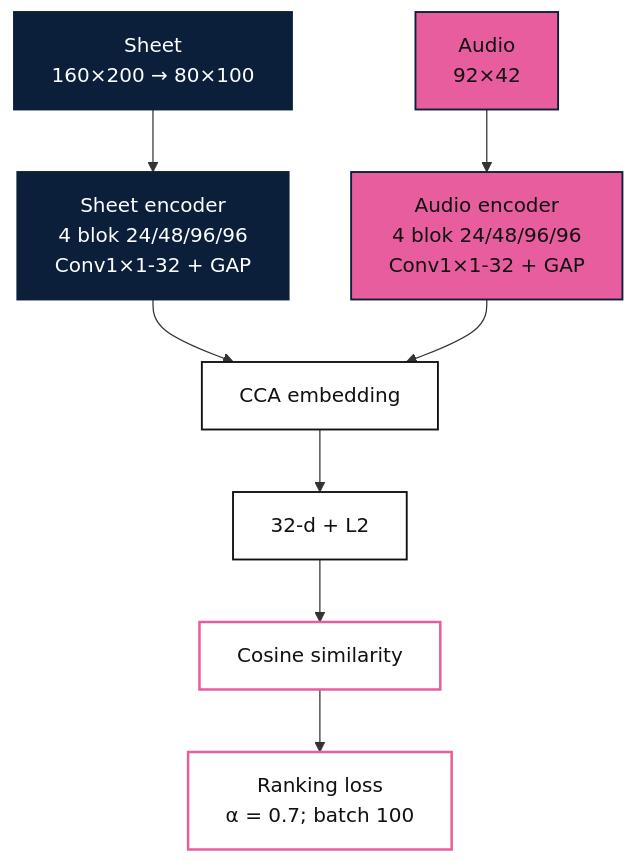
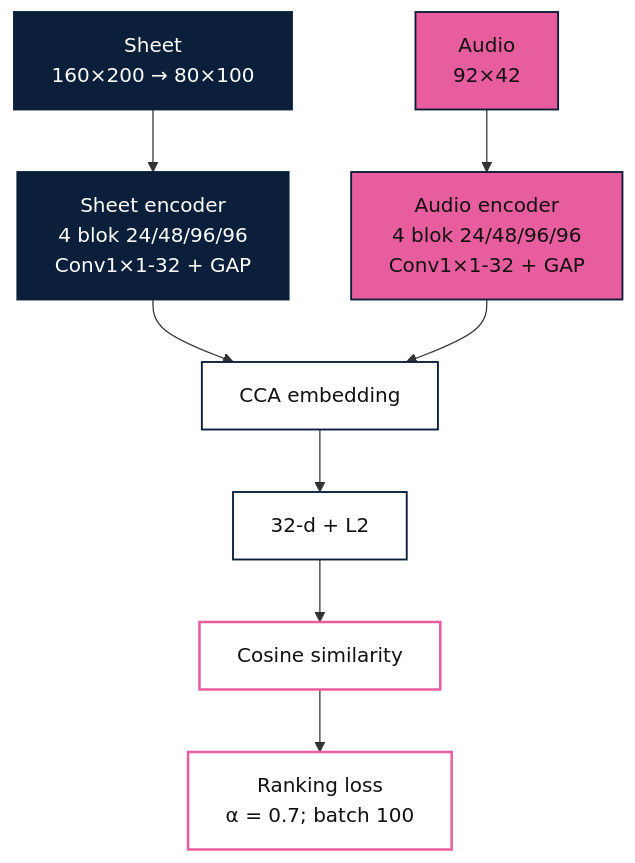
Before and after one commit to violaherfinap/msmd-learning: the first of 4 diagrams in reports/dorfer_explained.md, drawn with Mermaid. The commit also changed other lines of this file and 5 other files, not shown here.

````diff
--- a/reports/dorfer_explained.md
+++ b/reports/dorfer_explained.md
@@ -151,20 +62,19 @@
 ```mermaid
 flowchart TB
     S["Sheet<br/>160×200 → 80×100"] --> SE["Sheet encoder<br/>4 blok 24/48/96/96<br/>Conv1×1-32 + GAP"]
     A["Audio<br/>92×42"] --> AE["Audio encoder<br/>4 blok 24/48/96/96<br/>Conv1×1-32 + GAP"]
     SE --> CCA["CCA embedding"]
     AE --> CCA
     CCA --> Z["32-d + L2"]
     Z --> C["Cosine similarity"]
     C --> L["Ranking loss<br/>α = 0.7; batch 100"]
 
     classDef navyBox fill:#0B1F3A,stroke:#0B1F3A,color:#FFFFFF,stroke-width:1.5px;
     classDef pinkBox fill:#E85D9E,stroke:#0B1F3A,color:#111111,stroke-width:1.5px;
-    classDef whiteBox fill:#FFFFFF,stroke:#111111,color:#111111,stroke-width:1.5px;
+    classDef whiteNavy fill:#FFFFFF,stroke:#0B1F3A,color:#111111,stroke-width:1.5px;
     classDef accentBox fill:#FFFFFF,stroke:#E85D9E,color:#111111,stroke-width:2px;
-
     class S,SE navyBox;
     class A,AE pinkBox;
-    class CCA,Z whiteBox;
+    class CCA,Z whiteNavy;
     class C,L accentBox;
 ```
````
